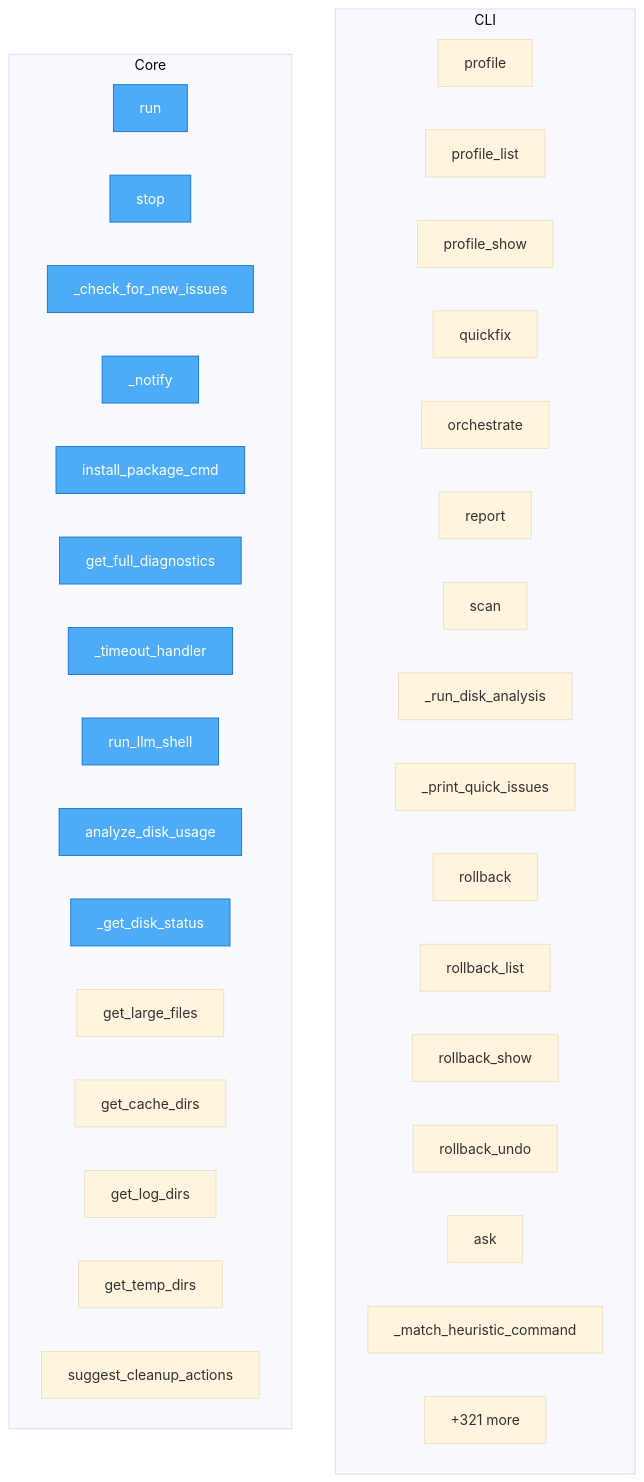
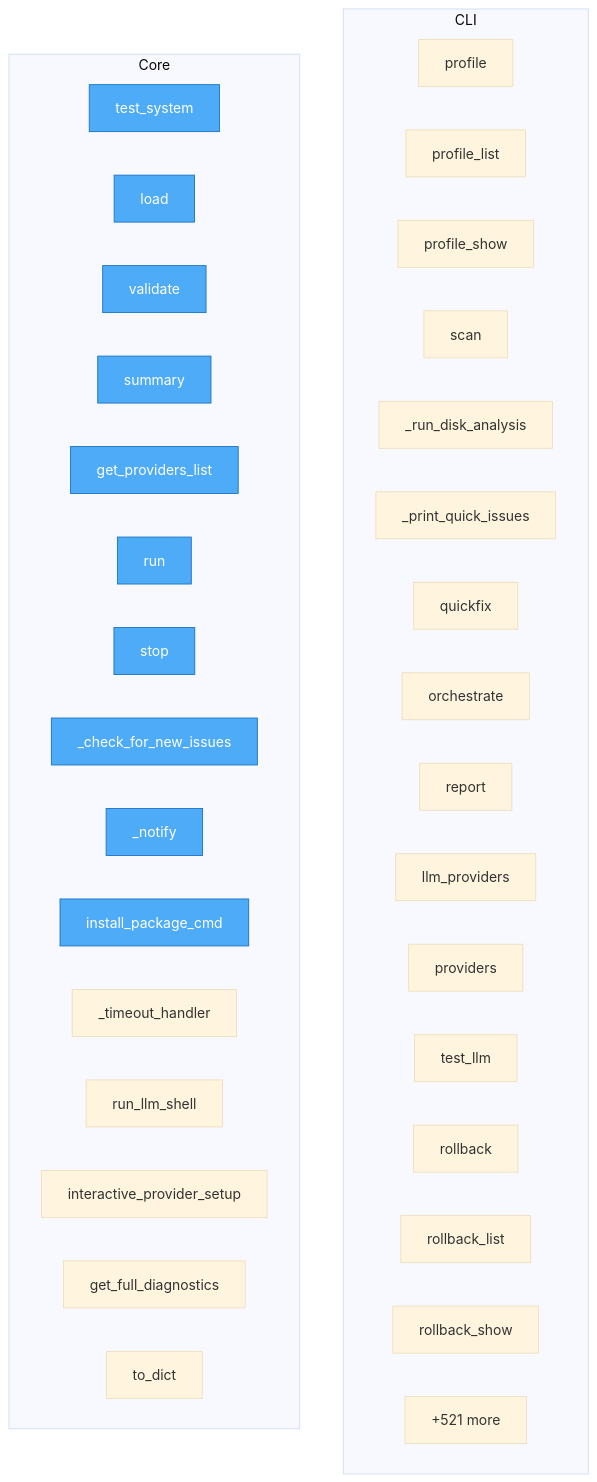
One commit to wronai/fixos changed the diagram in project/flow.mmd. Above: the diagram before and after it, drawn with Mermaid (base theme). The commit also changed 35 other files, not shown here.

```diff
--- a/project/flow.mmd
+++ b/project/flow.mmd
@@ -1,44 +1,44 @@
 flowchart TD
 
     %% Entry points (blue)
     classDef entry fill:#4dabf7,stroke:#1971c2,color:#fff
 
     subgraph CLI
         fixos__cli__profile_cmd__profile["profile"]
         fixos__cli__profile_cmd__profile_list["profile_list"]
         fixos__cli__profile_cmd__profile_show["profile_show"]
+        fixos__cli__scan_cmd__scan["scan"]
+        fixos__cli__scan_cmd___run_disk_analysis["_run_disk_analysis"]
+        fixos__cli__scan_cmd___print_quick_issues["_print_quick_issues"]
         fixos__cli__quickfix_cmd__quickfix["quickfix"]
         fixos__cli__orchestrate_cmd__orchestrate["orchestrate"]
         fixos__cli__report_cmd__report["report"]
-        fixos__cli__scan_cmd__scan["scan"]
-        fixos__cli__scan_cmd___run_disk_analysis["_run_disk_analysis"]
-        fixos__cli__scan_cmd___print_quick_issues["_print_quick_issues"]
+        fixos__cli__provider_cmd__llm_providers["llm_providers"]
+        fixos__cli__provider_cmd__providers["providers"]
+        fixos__cli__provider_cmd__test_llm["test_llm"]
         fixos__cli__rollback_cmd__rollback["rollback"]
         fixos__cli__rollback_cmd__rollback_list["rollback_list"]
         fixos__cli__rollback_cmd__rollback_show["rollback_show"]
-        fixos__cli__rollback_cmd__rollback_undo["rollback_undo"]
-        fixos__cli__ask_cmd__ask["ask"]
-        fixos__cli__ask_cmd___match_heuristic_command["_match_heuristic_command"]
         ...["+49 more"]
     end
 
     subgraph Core
+        docker__test_multi_system__test_system["test_system"]
+        fixos__config__FixOsConfig__load["load"]
+        fixos__config__FixOsConfig__validate["validate"]
+        fixos__config__FixOsConfig__summary["summary"]
+        fixos__config__get_providers_list["get_providers_list"]
         fixos__watch__WatchDaemon__run["run"]
         fixos__watch__WatchDaemon__stop["stop"]
         fixos__watch__WatchDaemon___check_for_new_issues["_check_for_new_issues"]
         fixos__watch__WatchDaemon___notify["_notify"]
         fixos__platform_utils__install_package_cmd["install_package_cmd"]
-        fixos__diagnostics__system_checks__get_full_diagnostics["get_full_diagnostics"]
         fixos__llm_shell___timeout_handler["_timeout_handler"]
         fixos__llm_shell__run_llm_shell["run_llm_shell"]
-        fixos__diagnostics__disk_analyzer__DiskAnalyzer__analyze_disk_usage["analyze_disk_usage"]
-        fixos__diagnostics__disk_analyzer__DiskAnalyzer___get_disk_status["_get_disk_status"]
-        fixos__diagnostics__disk_analyzer__DiskAnalyzer__get_large_files["get_large_files"]
-        fixos__diagnostics__disk_analyzer__DiskAnalyzer__get_cache_dirs["get_cache_dirs"]
-        fixos__diagnostics__disk_analyzer__DiskAnalyzer__get_log_dirs["get_log_dirs"]
-        fixos__diagnostics__disk_analyzer__DiskAnalyzer__get_temp_dirs["get_temp_dirs"]
-        fixos__diagnostics__disk_analyzer__DiskAnalyzer__suggest_cleanup_actions["suggest_cleanup_actions"]
-        ...["+321 more"]
+        fixos__config_interactive__interactive_provider_setup["interactive_provider_setup"]
+        fixos__diagnostics__system_checks__get_full_diagnostics["get_full_diagnostics"]
+        fixos__diagnostics__flatpak_analyzer__FlatpakItemInfo__to_dict["to_dict"]
+        ...["+521 more"]
     end
 
-    class fixos__watch__WatchDaemon__run,fixos__watch__WatchDaemon__stop,fixos__watch__WatchDaemon___check_for_new_issues,fixos__watch__WatchDaemon___notify,fixos__platform_utils__install_package_cmd,fixos__diagnostics__system_checks__get_full_diagnostics,fixos__llm_shell___timeout_handler,fixos__llm_shell__run_llm_shell,fixos__diagnostics__disk_analyzer__DiskAnalyzer__analyze_disk_usage,fixos__diagnostics__disk_analyzer__DiskAnalyzer___get_disk_status entry
+    class docker__test_multi_system__test_system,fixos__config__FixOsConfig__load,fixos__config__FixOsConfig__validate,fixos__config__FixOsConfig__summary,fixos__config__get_providers_list,fixos__watch__WatchDaemon__run,fixos__watch__WatchDaemon__stop,fixos__watch__WatchDaemon___check_for_new_issues,fixos__watch__WatchDaemon___notify,fixos__platform_utils__install_package_cmd entry
```
